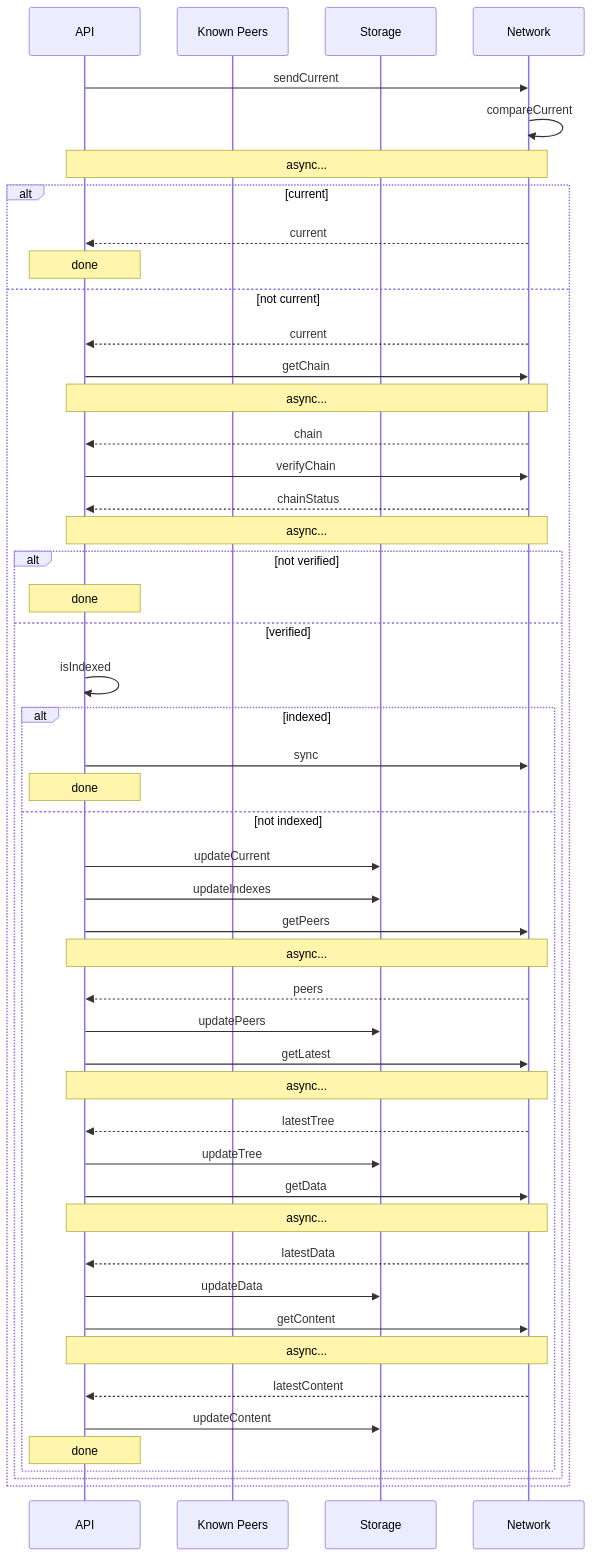
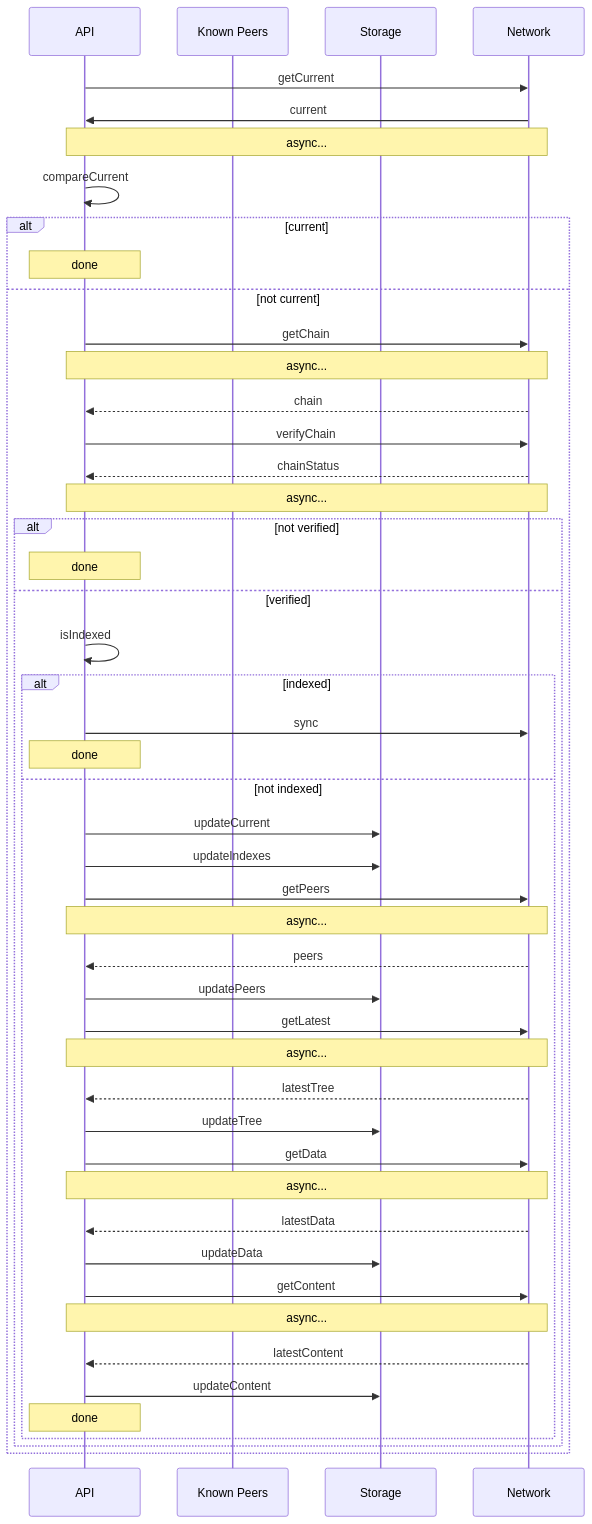
Before and after one commit to social-production/planning: the diagram in docs/diagrams/system-syncing-workflow.mmd, drawn with Mermaid.

Commit message:
Update syncing workflow: API pulls and compares current locally
Change sendCurrent/compareCurrent pattern to getCurrent where the
API fetches the current state from the Network, then compares it
locally via compareCurrent before branching.

Made-with: Cursor

```diff
--- a/docs/diagrams/system-syncing-workflow.mmd
+++ b/docs/diagrams/system-syncing-workflow.mmd
@@ -1,56 +1,55 @@
 sequenceDiagram
     participant API
     participant KnownPeers as Known Peers
     participant Storage
     participant Network
 
-    API->>Network: sendCurrent
-    Network->>Network: compareCurrent
+    API->>Network: getCurrent
+    Network->>API: current
     note over API,Network: async...
+    API->>API: compareCurrent
 
     alt current
-        Network-->>API: current
         note over API: done
 
     else not current
-        Network-->>API: current
         API->>Network: getChain
         note over API,Network: async...
         Network-->>API: chain
         API->>Network: verifyChain
         Network-->>API: chainStatus
         note over API,Network: async...
 
         alt not verified
             note over API: done
 
         else verified
             API->>API: isIndexed
 
             alt indexed
                 API->>Network: sync
                 note over API: done
 
             else not indexed
                 API->>Storage: updateCurrent
                 API->>Storage: updateIndexes
                 API->>Network: getPeers
                 note over API,Network: async...
                 Network-->>API: peers
                 API->>Storage: updatePeers
                 API->>Network: getLatest
                 note over API,Network: async...
                 Network-->>API: latestTree
                 API->>Storage: updateTree
                 API->>Network: getData
                 note over API,Network: async...
                 Network-->>API: latestData
                 API->>Storage: updateData
                 API->>Network: getContent
                 note over API,Network: async...
                 Network-->>API: latestContent
                 API->>Storage: updateContent
                 note over API: done
             end
         end
     end
```
